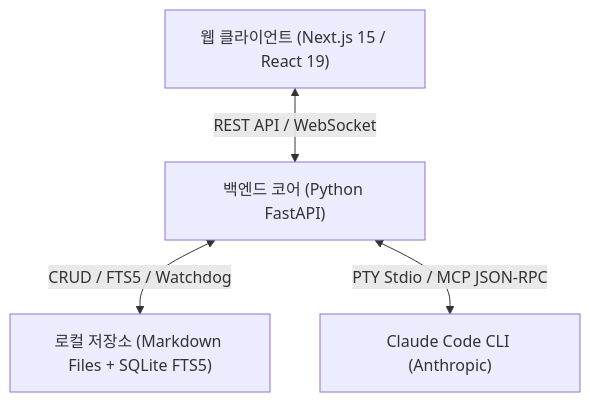
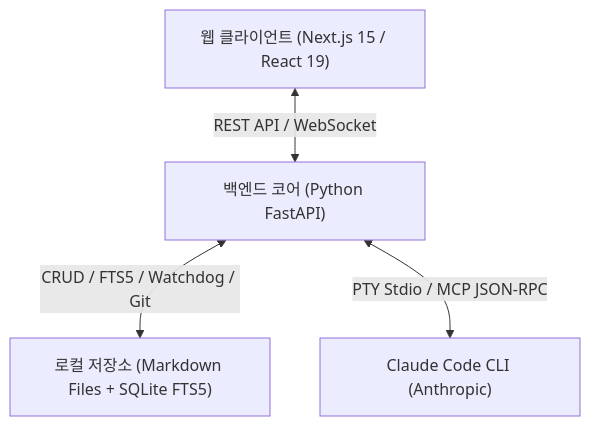
The diagram in README.md (k71style/llm-wiki-web), drawn with Mermaid before and after one commit. The commit also changed other lines of this file and 1 other file, not shown here.

````diff
--- a/README.md
+++ b/README.md
@@ -35,11 +40,11 @@
 ```mermaid
 graph TD
     Client["웹 클라이언트 (Next.js 15 / React 19)"]
     Backend["백엔드 코어 (Python FastAPI)"]
     Storage["로컬 저장소 (Markdown Files + SQLite FTS5)"]
     Claude["Claude Code CLI (Anthropic)"]
 
     Client <-->|REST API / WebSocket| Backend
-    Backend <-->|CRUD / FTS5 / Watchdog| Storage
+    Backend <-->|CRUD / FTS5 / Watchdog / Git| Storage
     Backend <-->|PTY Stdio / MCP JSON-RPC| Claude
 ```
````
